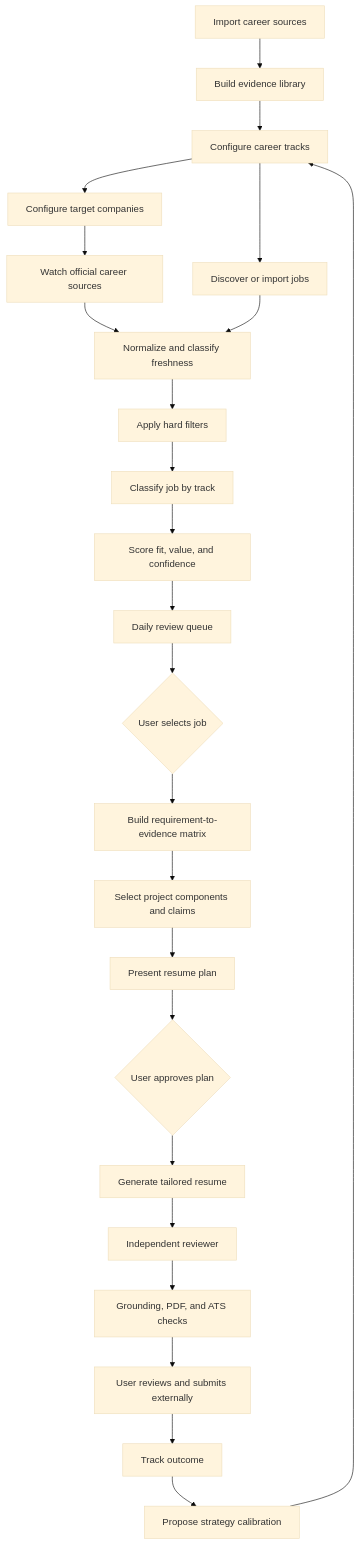
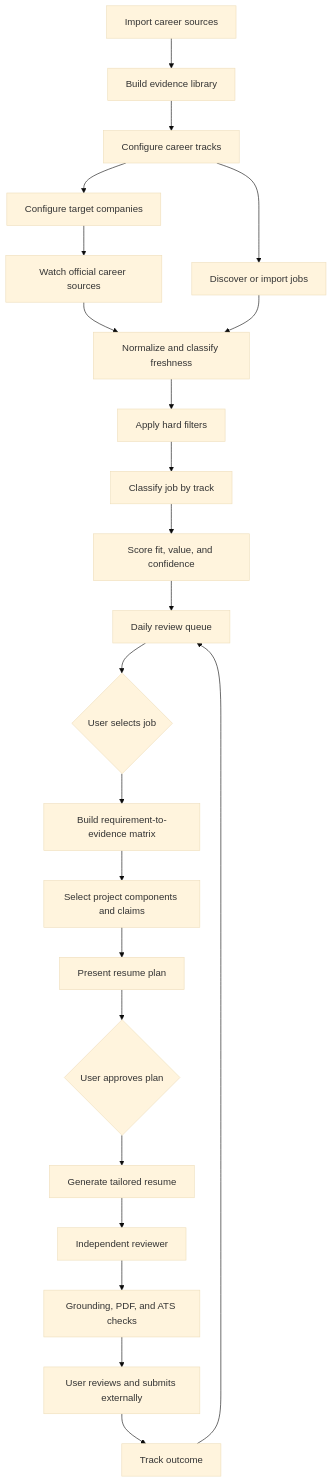
Before and after one commit to xzhnshng/ai-job-search: the first of 2 diagrams in docs/product-spec.md, drawn with Mermaid (base theme). The commit also changed other lines of this file and 22 other files, not shown here.

````diff
--- a/docs/product-spec.md
+++ b/docs/product-spec.md
@@ -353,26 +380,25 @@
 ```mermaid
 flowchart TD
     SRC["Import career sources"] --> KB["Build evidence library"]
     KB --> TRACKS["Configure career tracks"]
     TRACKS --> COMPANIES["Configure target companies"]
     COMPANIES --> WATCH["Watch official career sources"]
     TRACKS --> DISCOVER["Discover or import jobs"]
     WATCH --> FRESH["Normalize and classify freshness"]
     DISCOVER --> FRESH
     FRESH --> FILTER["Apply hard filters"]
     FILTER --> CLASSIFY["Classify job by track"]
     CLASSIFY --> SCORE["Score fit, value, and confidence"]
     SCORE --> DIGEST["Daily review queue"]
     DIGEST --> SELECT{"User selects job"}
     SELECT --> MATRIX["Build requirement-to-evidence matrix"]
     MATRIX --> PROJECTS["Select project components and claims"]
     PROJECTS --> PLAN["Present resume plan"]
     PLAN --> APPROVE{"User approves plan"}
     APPROVE --> DRAFT["Generate tailored resume"]
     DRAFT --> REVIEW["Independent reviewer"]
     REVIEW --> VERIFY["Grounding, PDF, and ATS checks"]
     VERIFY --> FINAL["User reviews and submits externally"]
     FINAL --> OUTCOME["Track outcome"]
-    OUTCOME --> LEARN["Propose strategy calibration"]
-    LEARN --> TRACKS
+    OUTCOME --> DIGEST
 ```
````
